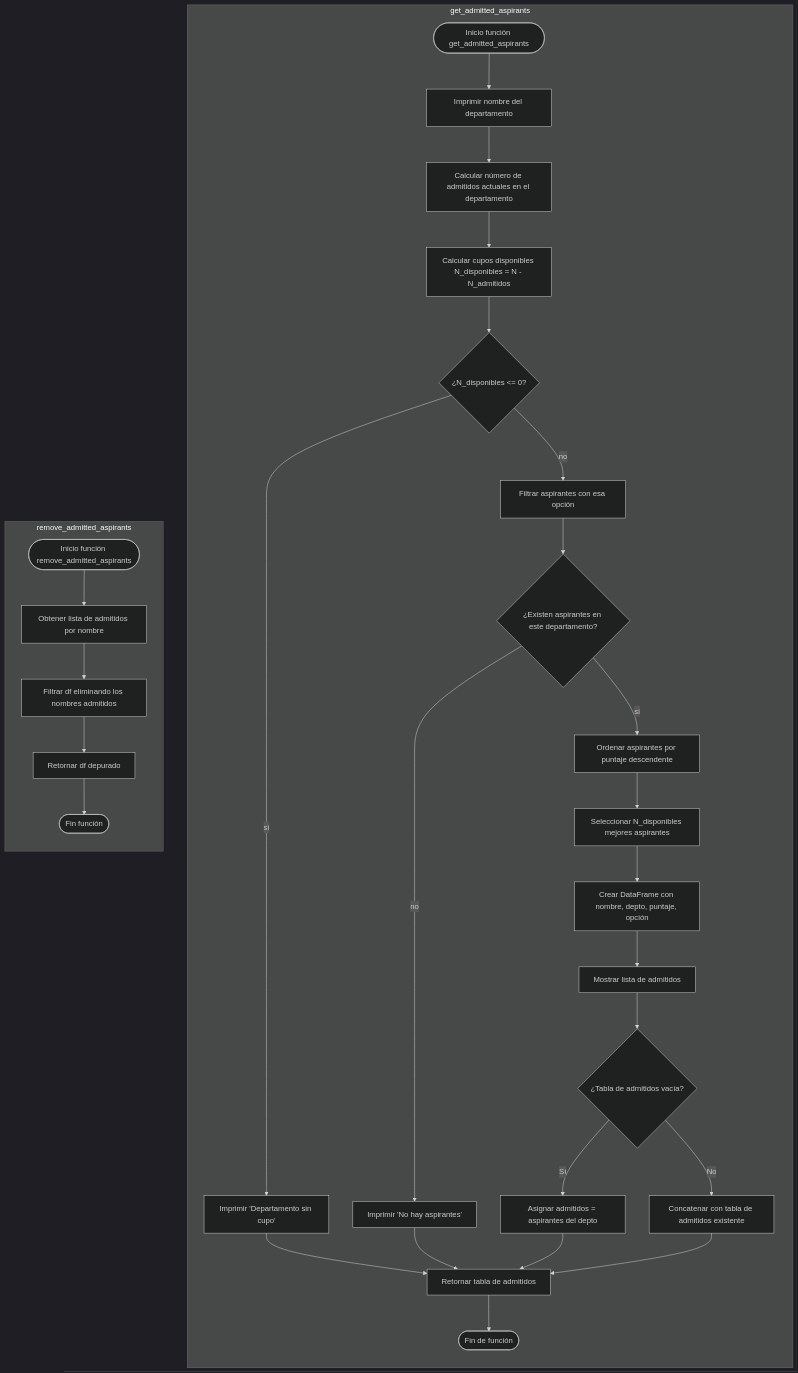
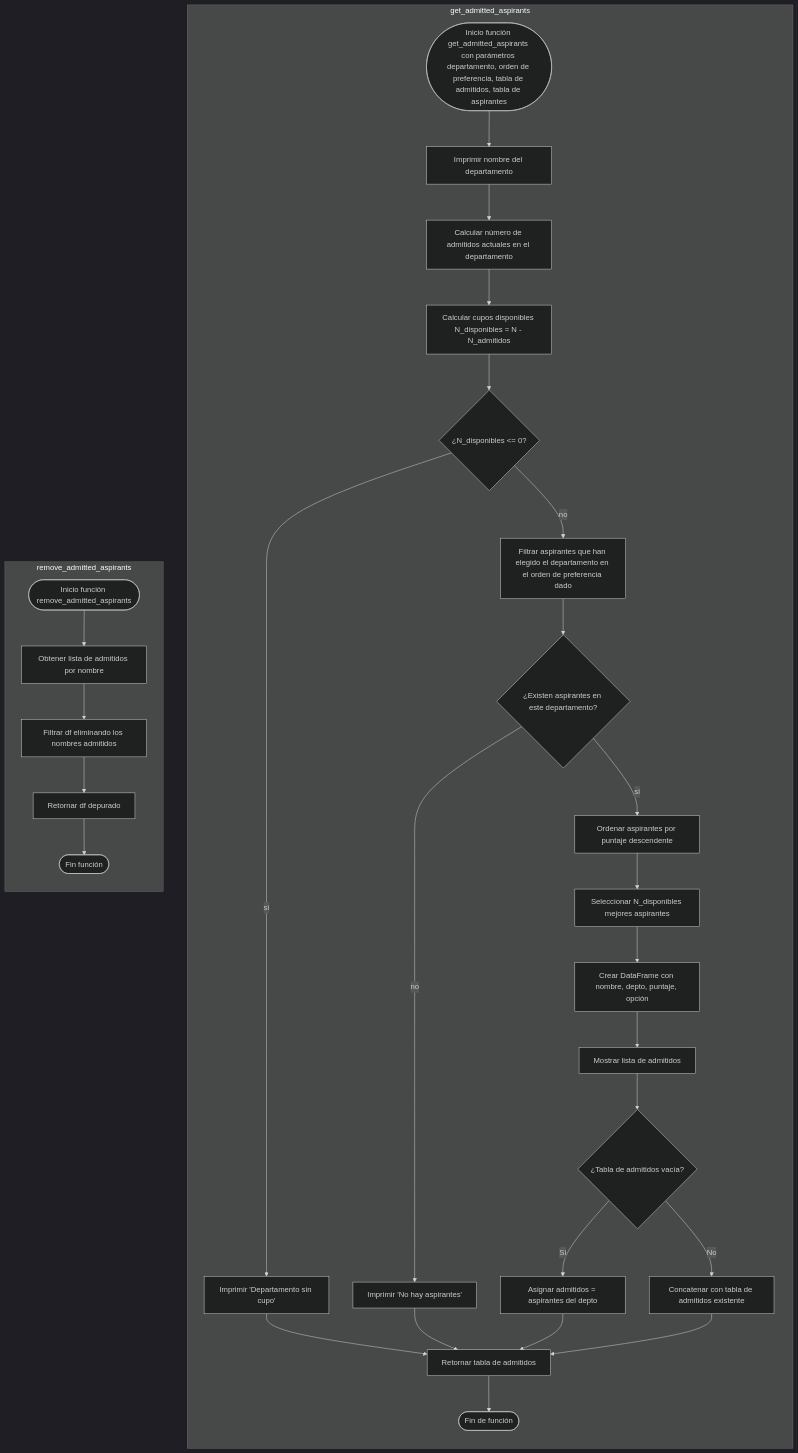
The diagram in Unidad_3/Proyecto_3_funciones.mermaid (vshalisko/PythonIntro), drawn with Mermaid (dark theme) before and after one commit.

```diff
--- a/Unidad_3/Proyecto_3_funciones.mermaid
+++ b/Unidad_3/Proyecto_3_funciones.mermaid
@@ -1,31 +1,31 @@
 flowchart TD
 
 subgraph get_admitted_aspirants
 direction TB
-A1([Inicio función get_admitted_aspirants]) --> B1[Imprimir nombre del departamento]
-B1 --> C1[Calcular número de admitidos actuales en el departamento]
+A1([Inicio función get_admitted_aspirants con parámetros departamento, orden de preferencia, tabla de admitidos, tabla de aspirantes]) --> B1
+B1[Imprimir nombre del departamento] --> C1[Calcular número de admitidos actuales en el departamento]
 C1 --> D1[Calcular cupos disponibles N_disponibles = N - N_admitidos]
 D1 --> E1{¿N_disponibles <= 0?}
 E1 -- sí --> F1[Imprimir 'Departamento sin cupo'] --> Z1[Retornar tabla de admitidos]
-E1 -- no --> G1[Filtrar aspirantes con esa opción]
+E1 -- no --> G1[Filtrar aspirantes que han elegido el departamento en el orden de preferencia dado]
 G1 --> H1{¿Existen aspirantes en este departamento?}
 H1 -- no --> I1[Imprimir 'No hay aspirantes'] --> Z1
 H1 -- sí --> J1[Ordenar aspirantes por puntaje descendente]
 J1 --> K1[Seleccionar N_disponibles mejores aspirantes]
 K1 --> L1[Crear DataFrame con nombre, depto, puntaje, opción]
 L1 --> M1[Mostrar lista de admitidos]
 M1 --> N1{¿Tabla de admitidos vacía?}
 N1 -- Sí --> O1[Asignar admitidos = aspirantes del depto]
 O1 --> Z1
 N1 -- No --> P1[Concatenar con tabla de admitidos existente]
 P1 --> Z1
 Z1 --> Q1([Fin de función])
 end
 
 subgraph remove_admitted_aspirants
 direction TB
 R1([Inicio función remove_admitted_aspirants]) --> R2[Obtener lista de admitidos por nombre]
 R2 --> R3[Filtrar df eliminando los nombres admitidos]
 R3 --> R4[Retornar df depurado]
 R4 --> R5([Fin función])
 end
```
